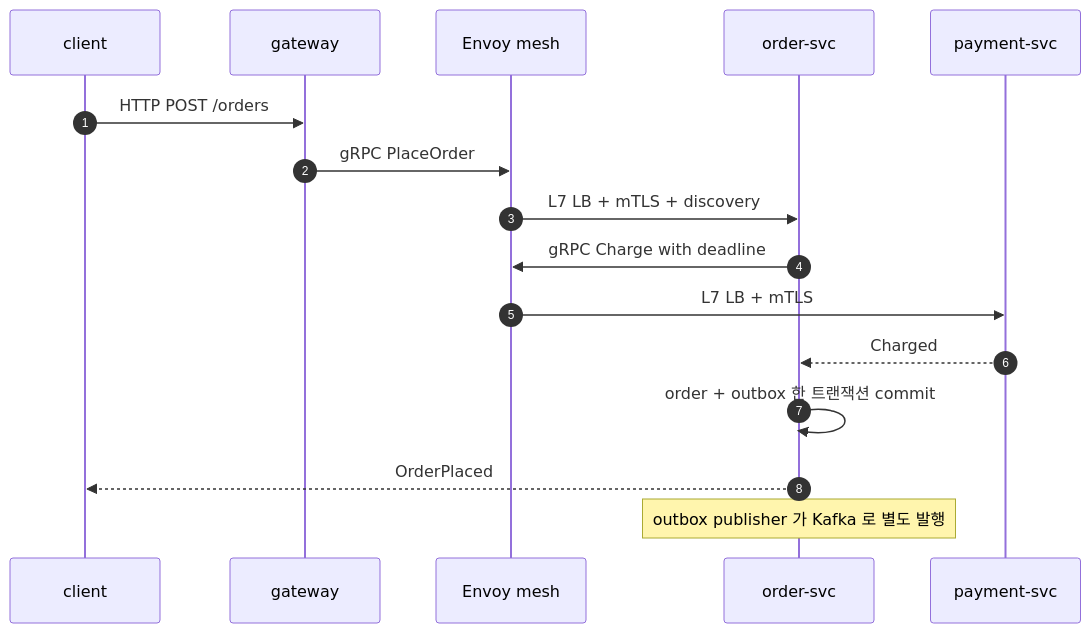
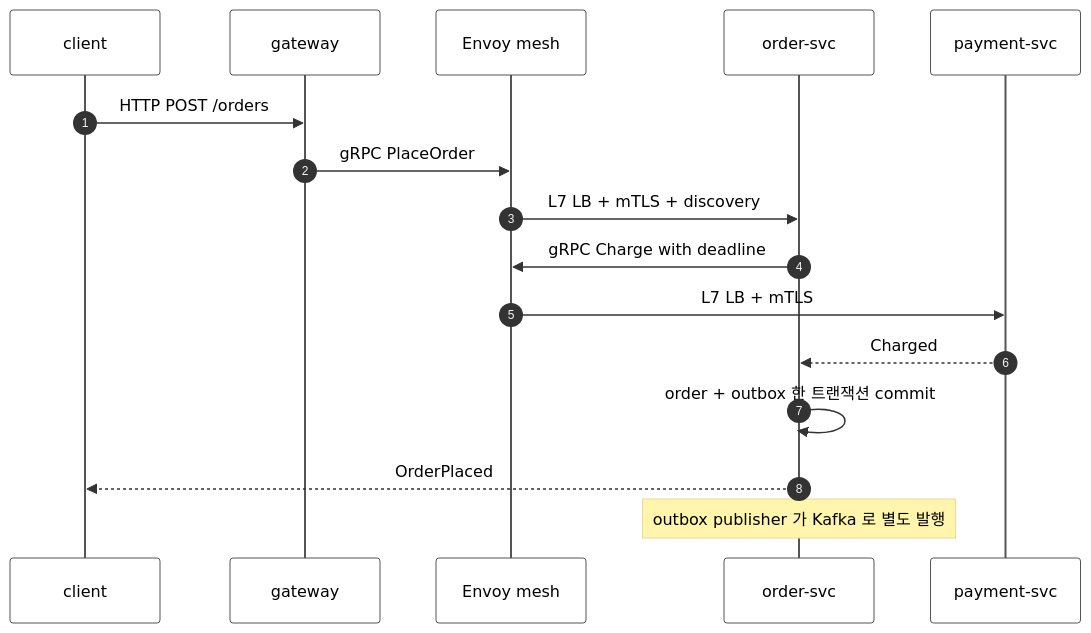
The second of 3 diagrams in framework/languages/dotnet/doc/guide/case-studies/13-case-ecommerce-checkout.ko.md (kairos-code-dev/zlink), drawn with Mermaid before and after one commit. The commit also changed other lines of this file and 86 other files, not shown here.

````diff
--- a/framework/languages/dotnet/doc/guide/case-studies/13-case-ecommerce-checkout.ko.md
+++ b/framework/languages/dotnet/doc/guide/case-studies/13-case-ecommerce-checkout.ko.md
@@ -269,18 +269,19 @@
 ```mermaid
 sequenceDiagram
+%%{init: {'theme': 'base', 'themeVariables': {'signalTextColor': '#000000', 'actorTextColor': '#000000', 'noteTextColor': '#000000', 'actorBkg': '#ffffff', 'actorBorder': '#555555', 'activationBorderColor': '#555555'}}}%%
   autonumber
   participant C as client
   participant GW as gateway
   participant M as Envoy mesh
   participant ORD as order-svc
   participant PAY as payment-svc
   C->>GW: HTTP POST /orders
   GW->>M: gRPC PlaceOrder
   M->>ORD: L7 LB + mTLS + discovery
   ORD->>M: gRPC Charge with deadline
   M->>PAY: L7 LB + mTLS
   PAY-->>ORD: Charged
   ORD->>ORD: order + outbox 한 트랜잭션 commit
   ORD-->>C: OrderPlaced
   Note over ORD: outbox publisher 가 Kafka 로 별도 발행
 ```
````
